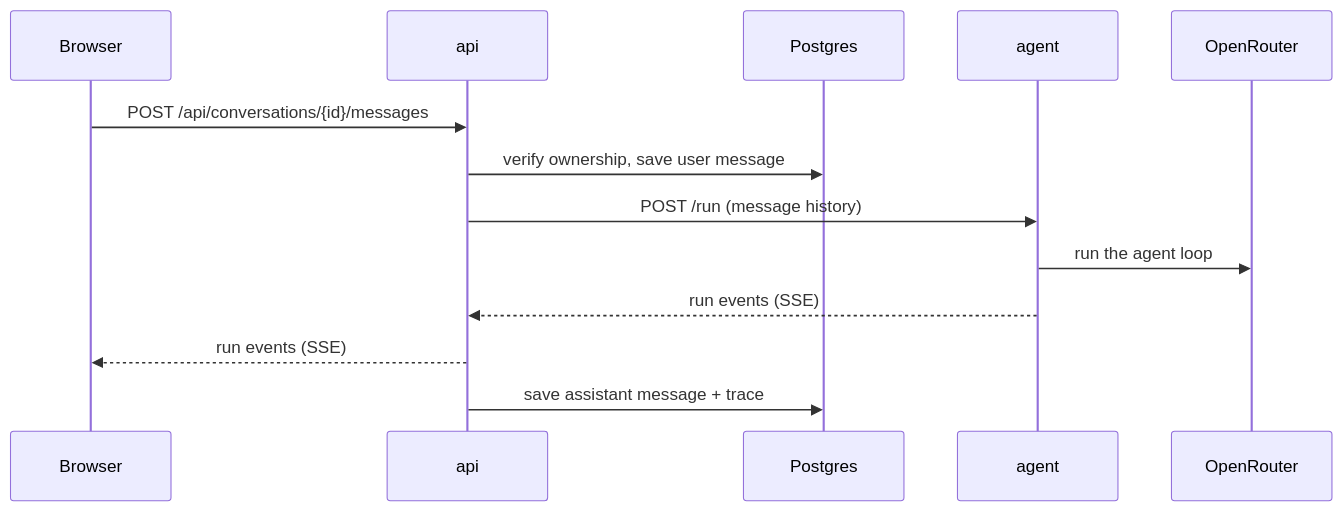
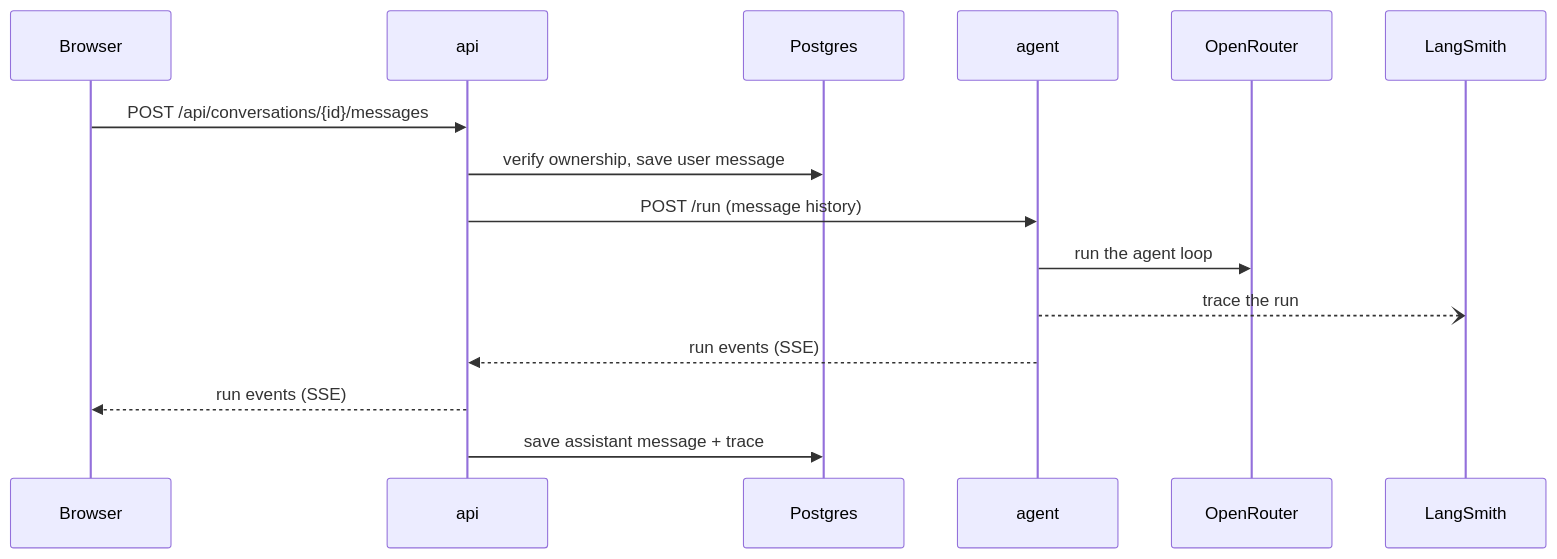
Before and after one commit to ALucek/chat-lucek: the second of 2 diagrams in docs/architecture.md, drawn with Mermaid. The commit also changed other lines of this file and 10 other files, not shown here.

````diff
--- a/docs/architecture.md
+++ b/docs/architecture.md
@@ -29,15 +31,17 @@
 ```mermaid
 sequenceDiagram
     participant B as Browser
     participant A as api
     participant P as Postgres
     participant G as agent
     participant O as OpenRouter
+    participant L as LangSmith
     B->>A: POST /api/conversations/{id}/messages
     A->>P: verify ownership, save user message
     A->>G: POST /run (message history)
     G->>O: run the agent loop
+    G--)L: trace the run
     G-->>A: run events (SSE)
     A-->>B: run events (SSE)
     A->>P: save assistant message + trace
 ```
````
